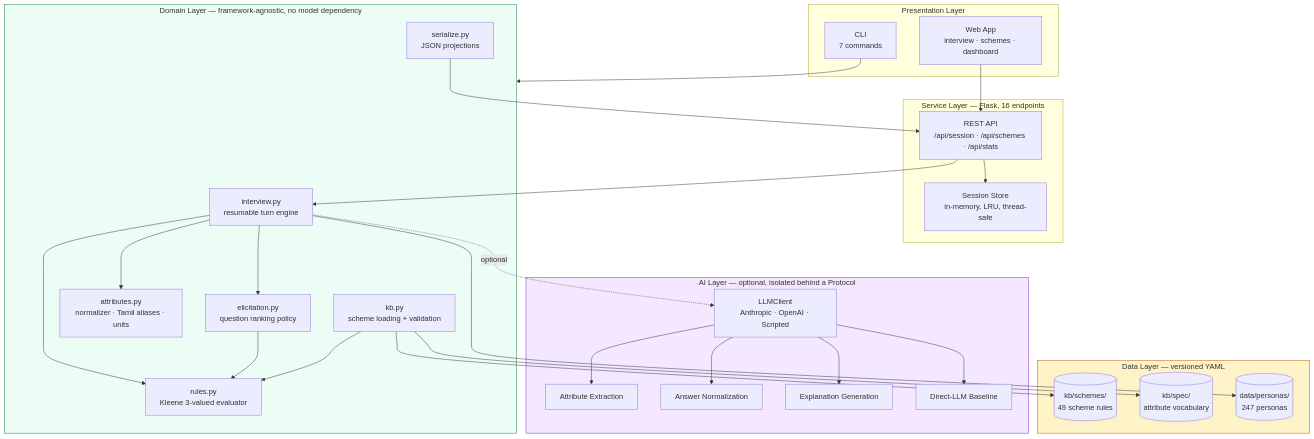
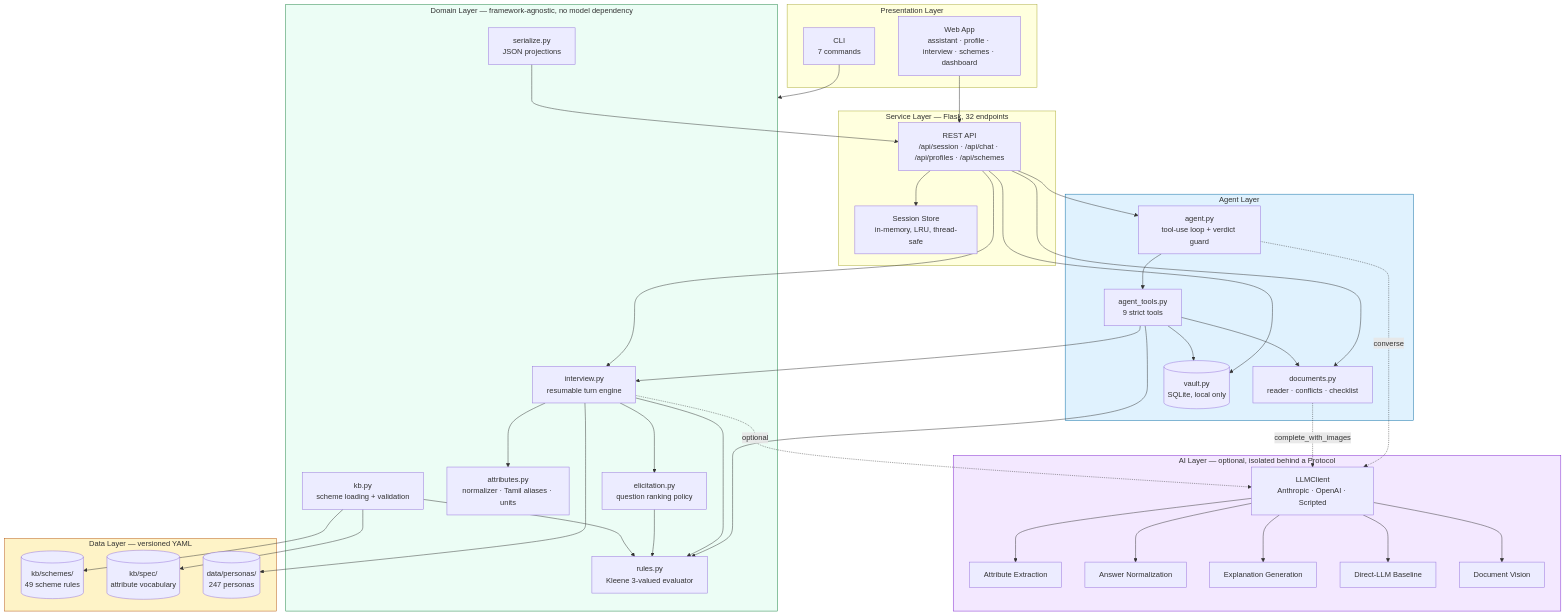
The second of 5 diagrams in README.md (kanishk5676/tn-schemematch), drawn with Mermaid before and after one commit. The commit also changed other lines of this file and 2 other files, not shown here.

First line of the commit message:
docs: describe the agent layer, update counts, limits and the demo

````diff
--- a/README.md
+++ b/README.md
@@ -57,52 +138,66 @@
 ```mermaid
 flowchart TB
     subgraph UI["Presentation Layer"]
-        WEB["Web App<br/>interview · schemes · dashboard"]
+        WEB["Web App<br/>assistant · profile · interview · schemes · dashboard"]
         CLI["CLI<br/>7 commands"]
     end
 
-    subgraph API["Service Layer — Flask, 16 endpoints"]
-        REST["REST API<br/>/api/session · /api/schemes · /api/stats"]
+    subgraph API["Service Layer — Flask, 32 endpoints"]
+        REST["REST API<br/>/api/session · /api/chat · /api/profiles · /api/schemes"]
         SESS["Session Store<br/>in-memory, LRU, thread-safe"]
+    end
+
+    subgraph AGENT["Agent Layer"]
+        AG["agent.py<br/>tool-use loop + verdict guard"]
+        TL["agent_tools.py<br/>9 strict tools"]
+        DOC["documents.py<br/>reader · conflicts · checklist"]
+        VLT[("vault.py<br/>SQLite, local only")]
     end
 
     subgraph CORE["Domain Layer — framework-agnostic, no model dependency"]
         INT["interview.py<br/>resumable turn engine"]
         ELI["elicitation.py<br/>question ranking policy"]
         RUL["rules.py<br/>Kleene 3-valued evaluator"]
         ATT["attributes.py<br/>normalizer · Tamil aliases · units"]
         KBM["kb.py<br/>scheme loading + validation"]
         SER["serialize.py<br/>JSON projections"]
     end
 
     subgraph AI["AI Layer — optional, isolated behind a Protocol"]
         EXT["Attribute Extraction"]
         NRM["Answer Normalization"]
         EXP["Explanation Generation"]
         CMP["Direct-LLM Baseline"]
+        VIS["Document Vision"]
         CLT["LLMClient<br/>Anthropic · OpenAI · Scripted"]
     end
 
     subgraph DATA["Data Layer — versioned YAML"]
         SCH[("kb/schemes/<br/>49 scheme rules")]
         SPEC[("kb/spec/<br/>attribute vocabulary")]
         PER[("data/personas/<br/>247 personas")]
     end
 
     WEB --> REST
     CLI --> CORE
     REST --> SESS
     REST --> INT
+    REST --> AG & DOC & VLT
+    AG --> TL
+    TL --> INT & RUL & DOC & VLT
+    AG -.converse.-> CLT
+    DOC -.complete_with_images.-> CLT
     INT --> ELI & ATT & RUL
     INT -.optional.-> CLT
     ELI --> RUL
     KBM --> RUL
-    CLT --> EXT & NRM & EXP & CMP
+    CLT --> EXT & NRM & EXP & CMP & VIS
     KBM --> SCH & SPEC
     INT --> PER
     SER --> REST
 
     style AI fill:#f3e8ff,stroke:#7e22ce
+    style AGENT fill:#e0f2fe,stroke:#0369a1
     style CORE fill:#ecfdf5,stroke:#15803d
     style DATA fill:#fef3c7,stroke:#b45309
 ```
````
